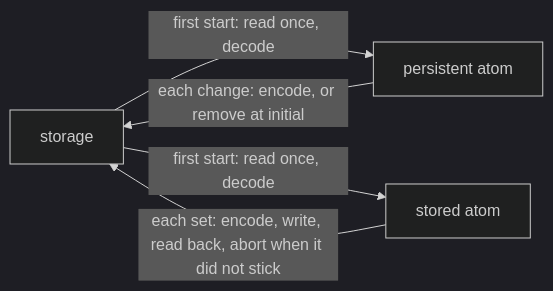
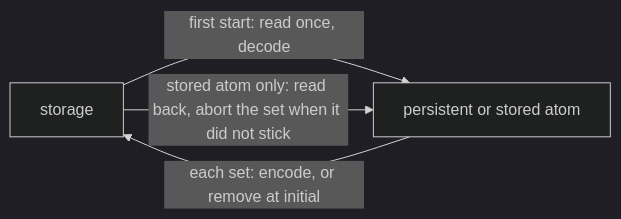
Before and after one commit to paritytech/dotli-community: the diagram in packages/stores-persistent/README.md, drawn with Mermaid (dark theme). The commit also changed other lines of this file and 4 other files, not shown here.

````diff
--- a/packages/stores-persistent/README.md
+++ b/packages/stores-persistent/README.md
@@ -27,7 +27,6 @@
 ```mermaid
 flowchart LR
-  storage -- "first start: read once, decode" --> persistent[persistent atom]
-  persistent -- "each change: encode, or remove at initial" --> storage
-  storage -- "first start: read once, decode" --> stored[stored atom]
-  stored -- "each set: encode, write, read back, abort when it did not stick" --> storage
+  storage -- "first start: read once, decode" --> atom[persistent or stored atom]
+  atom -- "each set: encode, or remove at initial" --> storage
+  storage -- "stored atom only: read back, abort the set when it did not stick" --> atom
 ```
````
